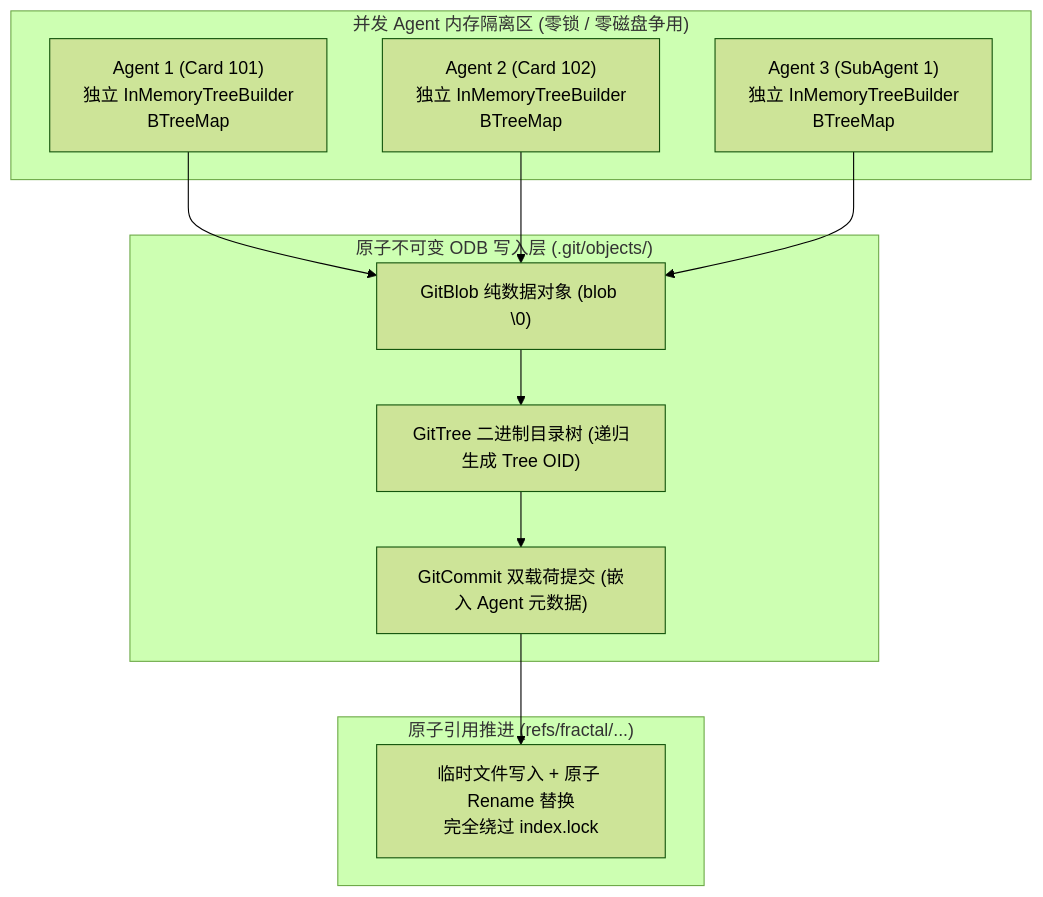
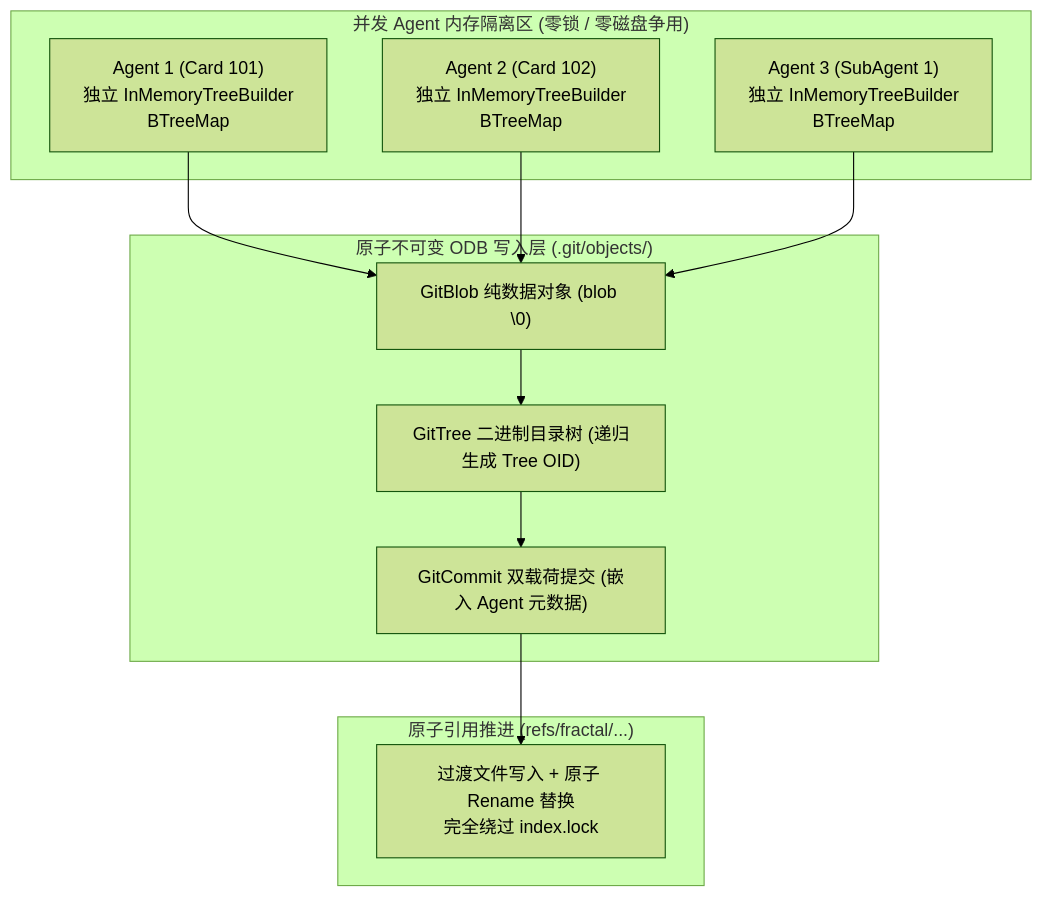
One commit to guilingzhouyi-creator/vscode-extensions changed the first of 2 diagrams in fractal-git/docs/04-lockless-in-memory-engine.md. Above: the diagram before and after it, drawn with Mermaid (forest theme). The commit also changed other lines of this file and 20 other files, not shown here.

````diff
--- a/fractal-git/docs/04-lockless-in-memory-engine.md
+++ b/fractal-git/docs/04-lockless-in-memory-engine.md
@@ -18,25 +18,25 @@
 ```mermaid
 flowchart TD
   subgraph AGENT_CONCURRENCY["并发 Agent 内存隔离区 (零锁 / 零磁盘争用)"]
     A1["Agent 1 (Card 101)<br/>独立 InMemoryTreeBuilder<br/>BTreeMap<Path, VirtualIndexEntry>"]
     A2["Agent 2 (Card 102)<br/>独立 InMemoryTreeBuilder<br/>BTreeMap<Path, VirtualIndexEntry>"]
     A3["Agent 3 (SubAgent 1)<br/>独立 InMemoryTreeBuilder<br/>BTreeMap<Path, VirtualIndexEntry>"]
   end
 
   subgraph ATOMIC_PERSIST["原子不可变 ODB 写入层 (.git/objects/)"]
     OBJ_BLOB["GitBlob 纯数据对象 (blob <len>\0<data>)"]
     OBJ_TREE["GitTree 二进制目录树 (递归生成 Tree OID)"]
     OBJ_COMMIT["GitCommit 双载荷提交 (嵌入 Agent 元数据)"]
   end
 
   subgraph REF_UPDATE["原子引用推进 (refs/fractal/...)"]
-    REF_ATOMIC["临时文件写入 + 原子 Rename 替换<br/>完全绕过 index.lock"]
+    REF_ATOMIC["过渡文件写入 + 原子 Rename 替换<br/>完全绕过 index.lock"]
   end
 
   A1 --> OBJ_BLOB
   A2 --> OBJ_BLOB
   A3 --> OBJ_BLOB
   OBJ_BLOB --> OBJ_TREE
   OBJ_TREE --> OBJ_COMMIT
   OBJ_COMMIT --> REF_ATOMIC
 ```
````
